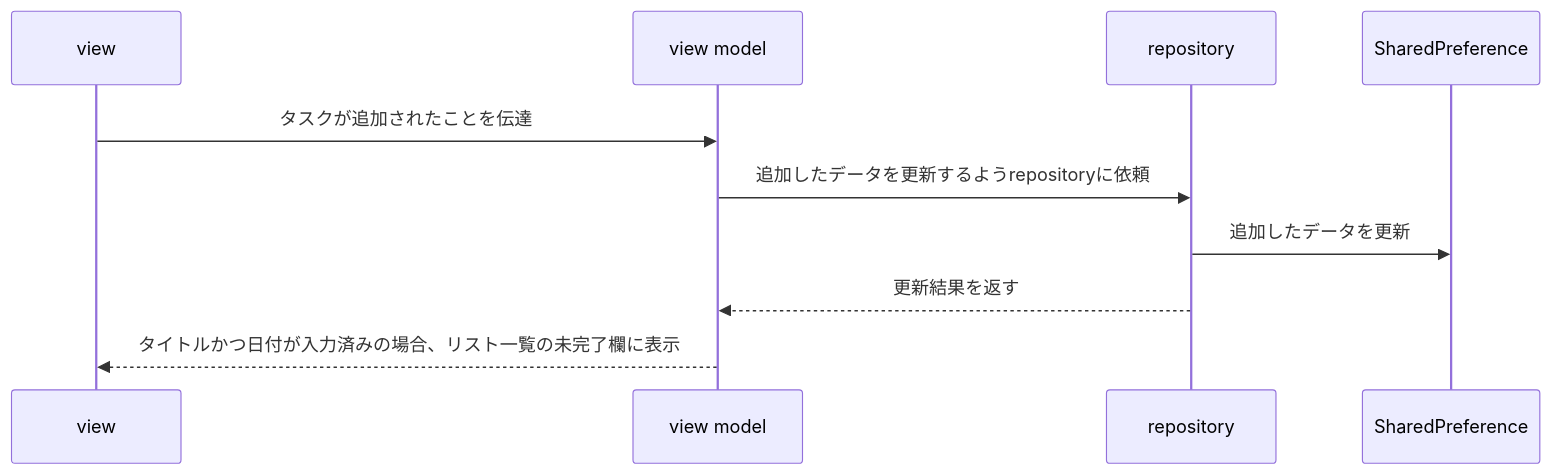
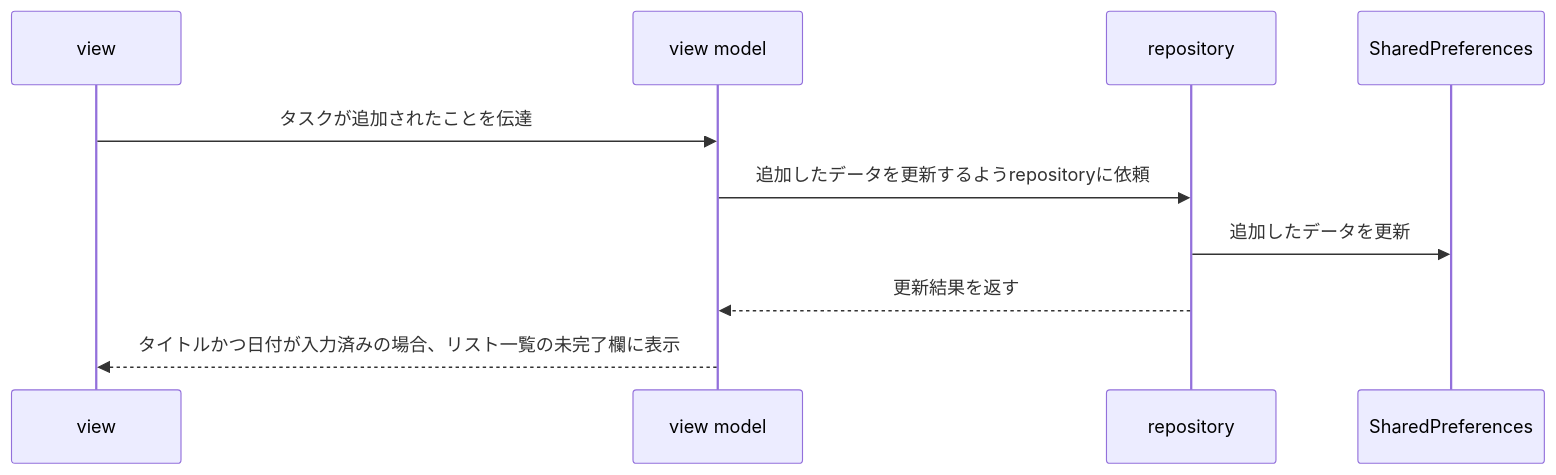
One commit to momotenn/todo-app changed the third of 4 diagrams in README.md. Above: the diagram before and after it, drawn with Mermaid. The commit also changed other lines of this file, not shown here.

````diff
--- a/README.md
+++ b/README.md
@@ -40,8 +40,8 @@
 ```mermaid
 sequenceDiagram;
      view->>view model: タスクが追加されたことを伝達
      view model->>repository: 追加したデータを更新するようrepositoryに依頼
-     repository->>SharedPreference: 追加したデータを更新
+     repository->>SharedPreferences: 追加したデータを更新
      repository-->>view model:　更新結果を返す
      view model-->>view: タイトルかつ日付が入力済みの場合、リスト一覧の未完了欄に表示
 ```
````
